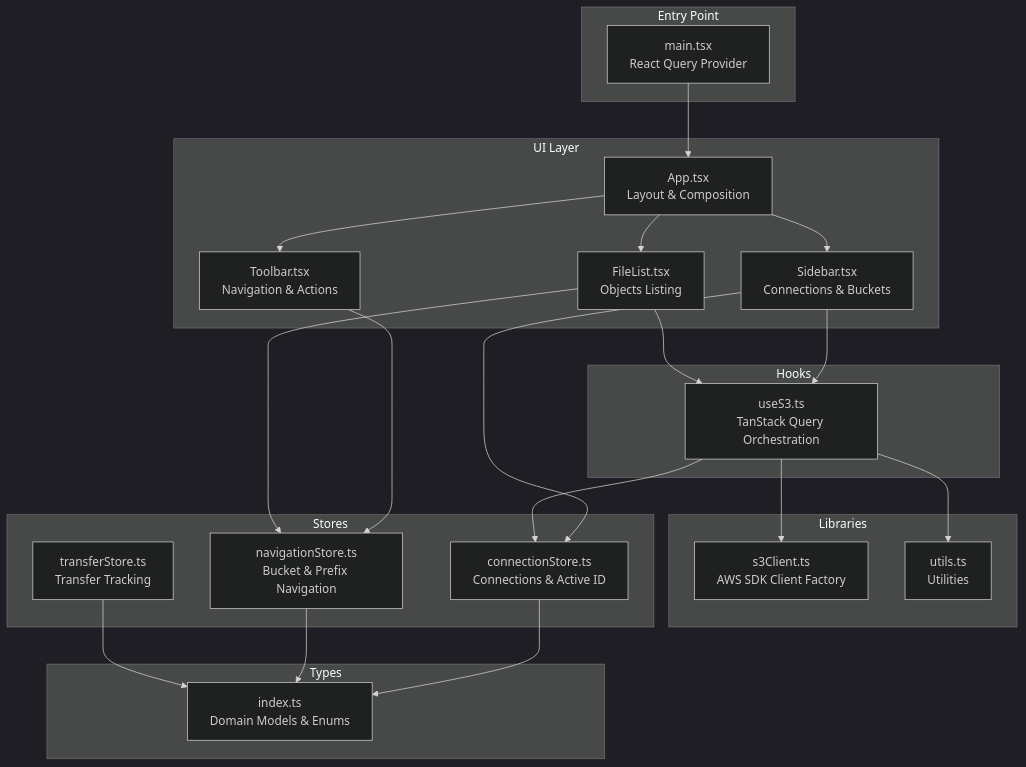
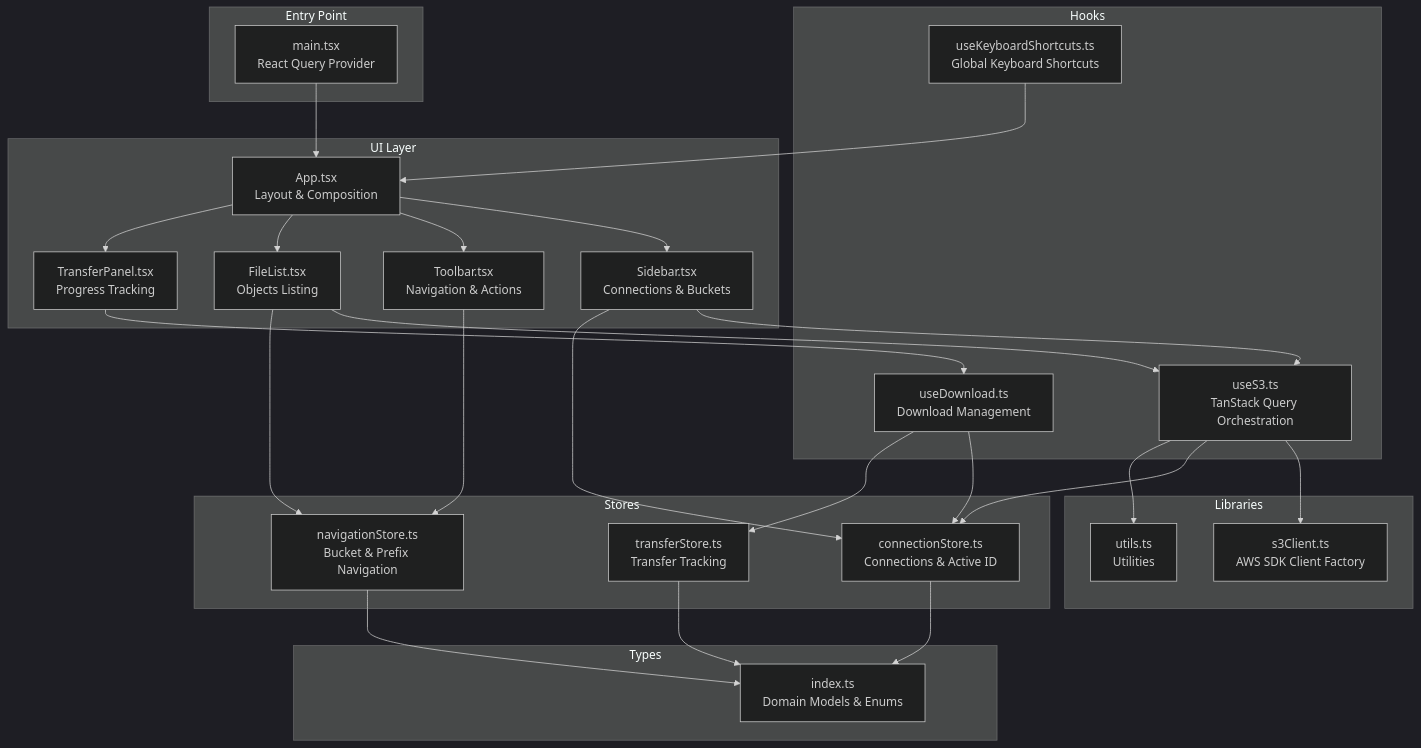
One commit to nasrulhadi/s3-explorer changed the first of 8 diagrams in .qoder/repowiki/en/content/Technical Implementation/React Hooks Architecture.md. Above: the diagram before and after it, drawn with Mermaid (dark theme). The commit also changed other lines of this file and 44 other files, not shown here.

First line of the commit message:
feat(ui): introduce comprehensive UI component system with TransferPanel and AddConnectionModal

````diff
--- a/.qoder/repowiki/en/content/Technical Implementation/React Hooks Architecture.md
+++ b/.qoder/repowiki/en/content/Technical Implementation/React Hooks Architecture.md
@@ -41,42 +51,50 @@
 ```mermaid
 graph TB
 subgraph "Entry Point"
 MAIN["main.tsx<br/>React Query Provider"]
 end
 subgraph "UI Layer"
 APP["App.tsx<br/>Layout & Composition"]
 SIDEBAR["Sidebar.tsx<br/>Connections & Buckets"]
 FILELIST["FileList.tsx<br/>Objects Listing"]
 TOOLBAR["Toolbar.tsx<br/>Navigation & Actions"]
+TRANSFER_PANEL["TransferPanel.tsx<br/>Progress Tracking"]
 end
 subgraph "Hooks"
 USE_S3["useS3.ts<br/>TanStack Query Orchestration"]
+USE_KEYBOARD["useKeyboardShortcuts.ts<br/>Global Keyboard Shortcuts"]
+USE_DOWNLOAD["useDownload.ts<br/>Download Management"]
 end
 subgraph "Libraries"
 S3_CLIENT["s3Client.ts<br/>AWS SDK Client Factory"]
 UTILS["utils.ts<br/>Utilities"]
 end
 subgraph "Stores"
 CONN_STORE["connectionStore.ts<br/>Connections & Active ID"]
 NAV_STORE["navigationStore.ts<br/>Bucket & Prefix Navigation"]
 TRANSFER_STORE["transferStore.ts<br/>Transfer Tracking"]
 end
 subgraph "Types"
 TYPES["index.ts<br/>Domain Models & Enums"]
 end
 MAIN --> APP
 APP --> SIDEBAR
 APP --> TOOLBAR
 APP --> FILELIST
+APP --> TRANSFER_PANEL
 SIDEBAR --> USE_S3
 FILELIST --> USE_S3
 TOOLBAR --> NAV_STORE
 SIDEBAR --> CONN_STORE
 FILELIST --> NAV_STORE
+TRANSFER_PANEL --> USE_DOWNLOAD
+USE_KEYBOARD --> APP
 USE_S3 --> S3_CLIENT
 USE_S3 --> CONN_STORE
 USE_S3 --> UTILS
+USE_DOWNLOAD --> CONN_STORE
+USE_DOWNLOAD --> TRANSFER_STORE
 CONN_STORE --> TYPES
 NAV_STORE --> TYPES
 TRANSFER_STORE --> TYPES
 ```
````
